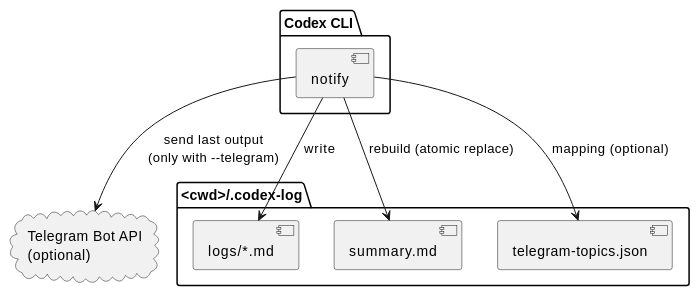
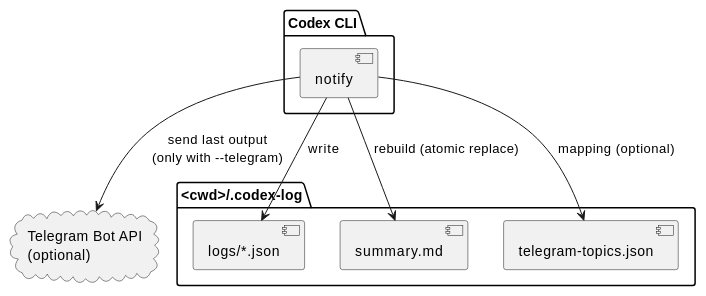
One commit to chemitaro/codex-agent-logger changed the second of 2 diagrams in spec-dock/initiatives/init-local-00001-codex-notify-json-logger/design.md. Above: the diagram before and after it, drawn with PlantUML. The commit also changed other lines of this file and 23 other files, not shown here.

Commit message:
docs(init-local-00001): ログ保存仕様をJSON化し設計文書を更新 - `logs/*.md`を`logs/*.json`へ変更し、`summary.md`再生成をJSONパース方式に統一 - ADR `00001`〜`00010`の最終判断と関連仕様（命名・安全ID・`.env`・topic名等）を受け入れ内容で反映 - Telegram送信・CLI配布・要件計画側のQ項目を意思決定済みに更新

````diff
--- a/spec-dock/initiatives/init-local-00001-codex-notify-json-logger/design.md
+++ b/spec-dock/initiatives/init-local-00001-codex-notify-json-logger/design.md
@@ -76,22 +76,22 @@
 ```plantuml
 @startuml
 skinparam monochrome true
 
 package "Codex CLI" {
   [notify] as Notify
 }
 
 package "<cwd>/.codex-log" {
-  [logs/*.md] as LogFiles
+  [logs/*.json] as LogFiles
   [summary.md] as Summary
   [telegram-topics.json] as TopicMap
 }
 
 cloud "Telegram Bot API\n(optional)" as TG
 
 Notify --> LogFiles : write
 Notify --> Summary : rebuild (atomic replace)
 Notify --> TG : send last output\n(only with --telegram)
 Notify --> TopicMap : mapping (optional)
 @enduml
 ```
````
